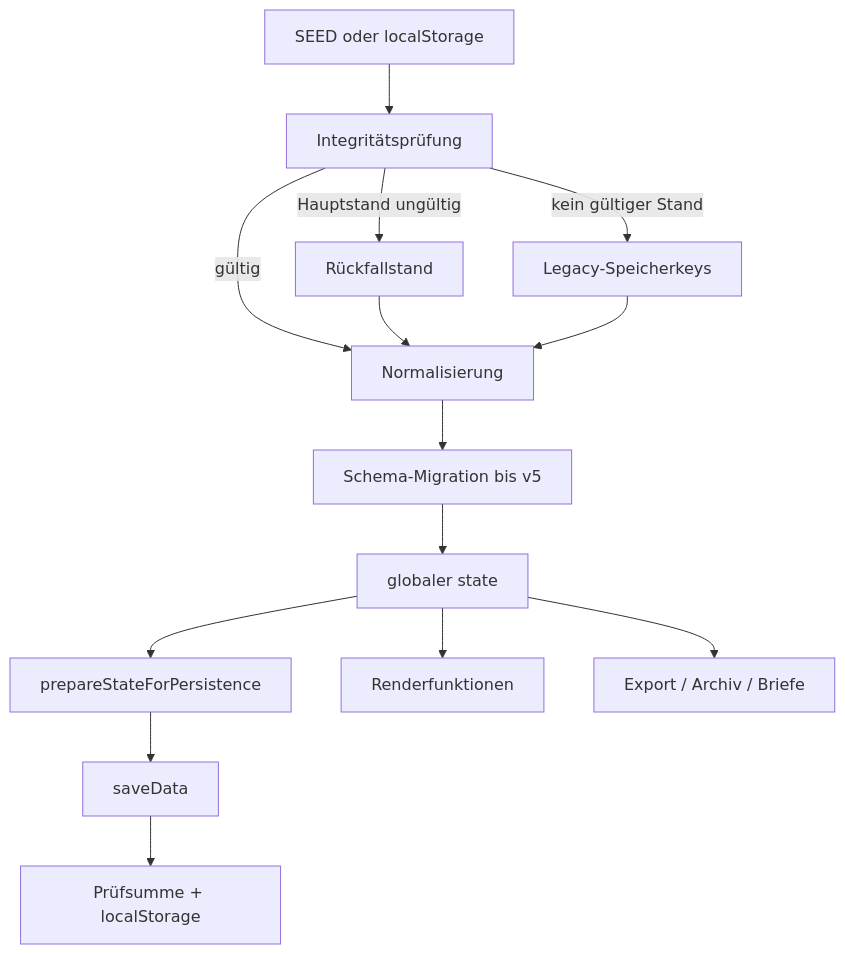
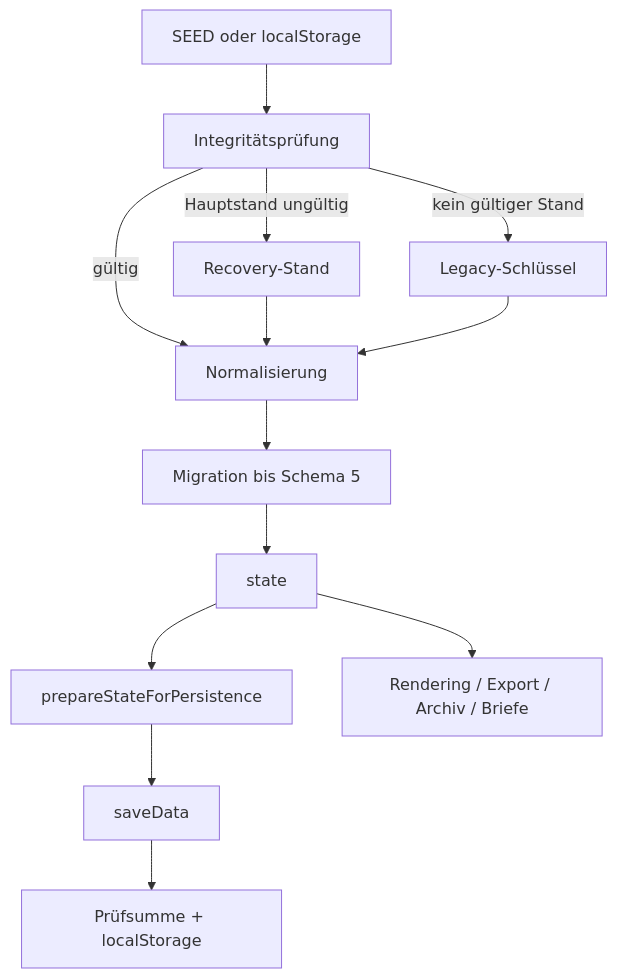
The second of 2 diagrams in ARCHITECTURE.md (cz100000/NK-Pro), drawn with Mermaid before and after one commit. The commit also changed other lines of this file and 50 other files, not shown here.

````diff
--- a/ARCHITECTURE.md
+++ b/ARCHITECTURE.md
@@ -90,16 +40,15 @@
 ```mermaid
 flowchart TD
   A[SEED oder localStorage] --> B[Integritätsprüfung]
   B -->|gültig| C[Normalisierung]
-  B -->|Hauptstand ungültig| R[Rückfallstand]
+  B -->|Hauptstand ungültig| R[Recovery-Stand]
   R --> C
-  B -->|kein gültiger Stand| L[Legacy-Speicherkeys]
+  B -->|kein gültiger Stand| L[Legacy-Schlüssel]
   L --> C
-  C --> M[Schema-Migration bis v5]
-  M --> S[globaler state]
+  C --> M[Migration bis Schema 5]
+  M --> S[state]
   S --> P[prepareStateForPersistence]
   P --> W[saveData]
   W --> H[Prüfsumme + localStorage]
-  S --> V[Renderfunktionen]
-  S --> E[Export / Archiv / Briefe]
+  S --> V[Rendering / Export / Archiv / Briefe]
 ```
````
